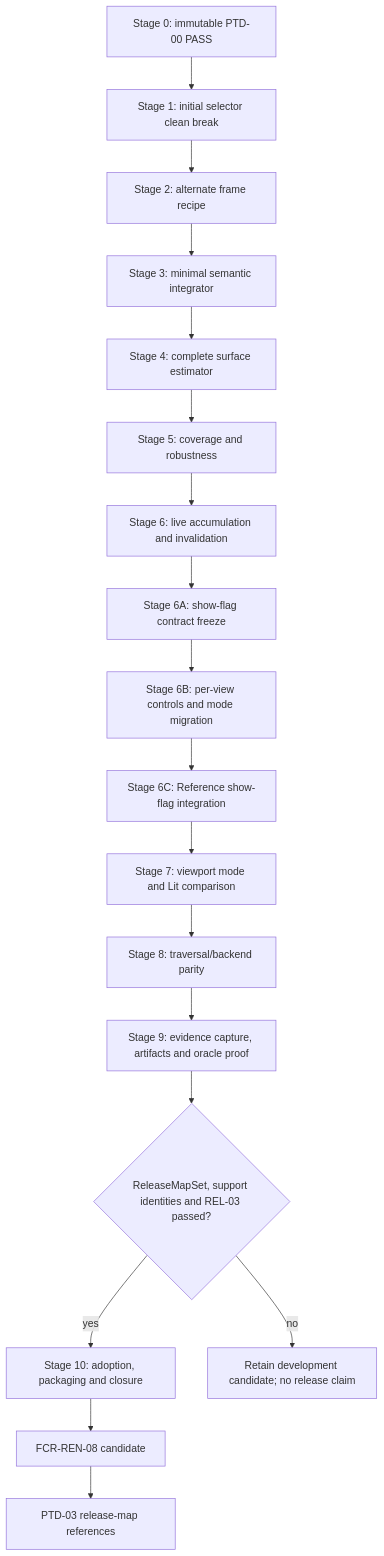
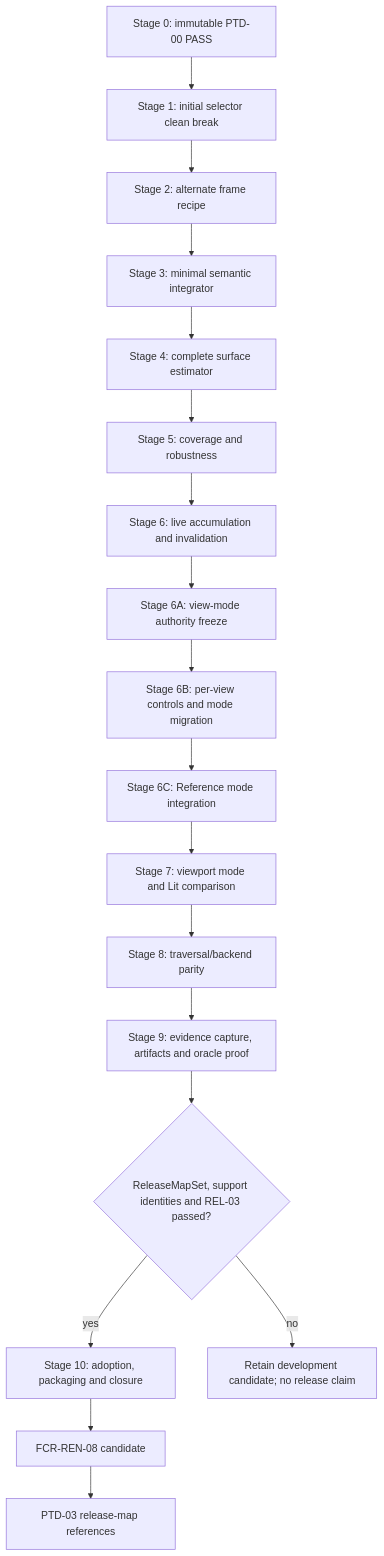
The diagram in Docs/Architecture/Modules/Engine/Renderer/Features/Lighting/ReferencePathTracer/Plan.md (stoleckipawel/SparkleEngine), drawn with Mermaid before and after one commit. The commit also changed other lines of this file and 8 other files, not shown here.

Commit message:
show flag

````diff
--- a/Docs/Architecture/Modules/Engine/Renderer/Features/Lighting/ReferencePathTracer/Plan.md
+++ b/Docs/Architecture/Modules/Engine/Renderer/Features/Lighting/ReferencePathTracer/Plan.md
@@ -69,20 +69,20 @@
 ```mermaid
 flowchart TD
     D0[Stage 0: immutable PTD-00 PASS] --> C1[Stage 1: initial selector clean break]
     C1 --> I2[Stage 2: alternate frame recipe]
     I2 --> I3[Stage 3: minimal semantic integrator]
     I3 --> I4[Stage 4: complete surface estimator]
     I4 --> I5[Stage 5: coverage and robustness]
     I5 --> I6[Stage 6: live accumulation and invalidation]
-    I6 --> A6[Stage 6A: show-flag contract freeze]
+    I6 --> A6[Stage 6A: view-mode authority freeze]
     A6 --> B6[Stage 6B: per-view controls and mode migration]
-    B6 --> C6[Stage 6C: Reference show-flag integration]
+    B6 --> C6[Stage 6C: Reference mode integration]
     C6 --> I7[Stage 7: viewport mode and Lit comparison]
     I7 --> I8[Stage 8: traversal/backend parity]
     I8 --> I9[Stage 9: evidence capture, artifacts and oracle proof]
     I9 --> R3{ReleaseMapSet, support identities and REL-03 passed?}
     R3 -->|yes| I10[Stage 10: adoption, packaging and closure]
     R3 -->|no| Hold[Retain development candidate; no release claim]
     I10 --> FCR[FCR-REN-08 candidate]
     FCR --> PTD3[PTD-03 release-map references]
 ```
````
